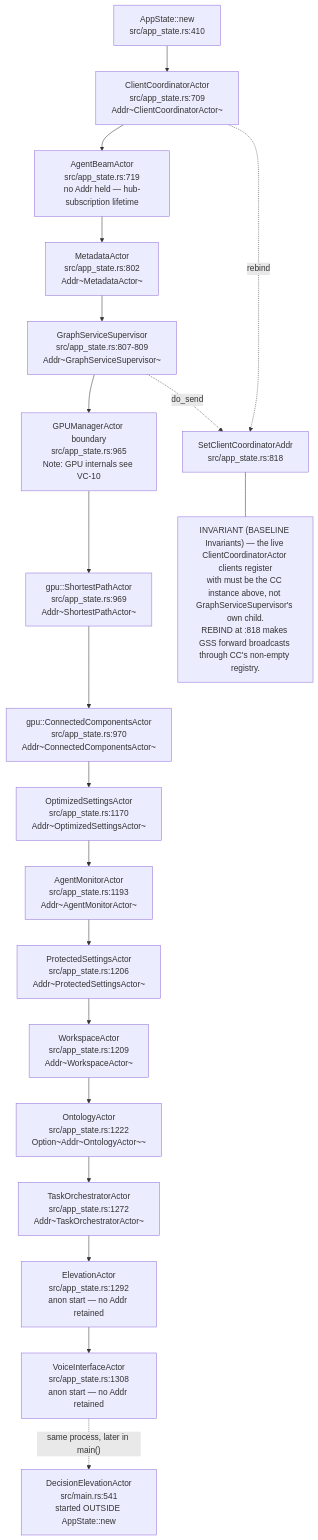
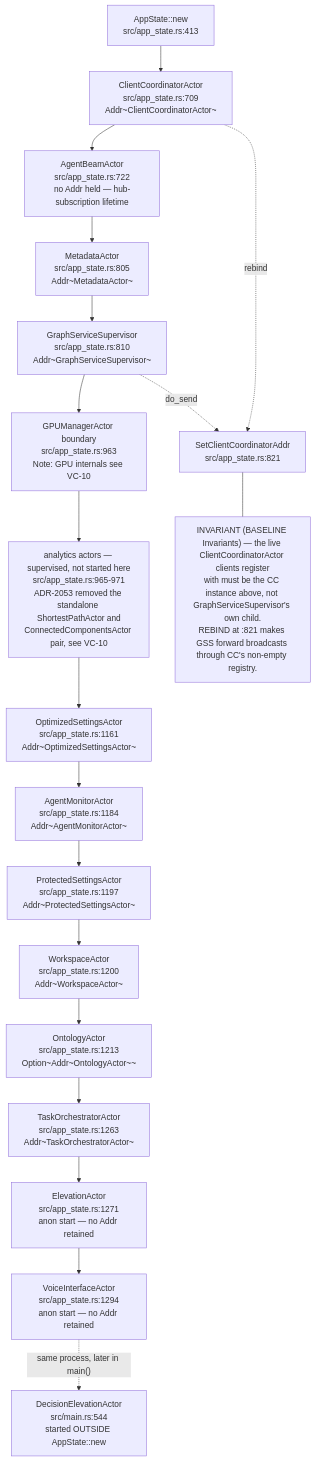
Before and after one commit to DreamLab-AI/AR-AI-Knowledge-Graph: the first of 20 diagrams in docs/diagrams/visionclaw/02-actor-supervision.md, drawn with Mermaid. The commit also changed other lines of this file and 172 other files, not shown here.

````diff
--- a/docs/diagrams/visionclaw/02-actor-supervision.md
+++ b/docs/diagrams/visionclaw/02-actor-supervision.md
@@ -37,43 +40,41 @@
 ```mermaid
 flowchart TB
-    APP["AppState::new<br/>src/app_state.rs:410"]
+    APP["AppState::new<br/>src/app_state.rs:413"]
     CC["ClientCoordinatorActor<br/>src/app_state.rs:709<br/>Addr~ClientCoordinatorActor~"]
-    AB["AgentBeamActor<br/>src/app_state.rs:719<br/>no Addr held — hub-subscription lifetime"]
-    MD["MetadataActor<br/>src/app_state.rs:802<br/>Addr~MetadataActor~"]
-    GSS["GraphServiceSupervisor<br/>src/app_state.rs:807-809<br/>Addr~GraphServiceSupervisor~"]
-    REBIND["SetClientCoordinatorAddr<br/>src/app_state.rs:818"]
-    GPU["GPUManagerActor boundary<br/>src/app_state.rs:965<br/>Note: GPU internals see VC-10"]
-    SPA["gpu::ShortestPathActor<br/>src/app_state.rs:969<br/>Addr~ShortestPathActor~"]
-    CCA["gpu::ConnectedComponentsActor<br/>src/app_state.rs:970<br/>Addr~ConnectedComponentsActor~"]
-    SET["OptimizedSettingsActor<br/>src/app_state.rs:1170<br/>Addr~OptimizedSettingsActor~"]
-    AM["AgentMonitorActor<br/>src/app_state.rs:1193<br/>Addr~AgentMonitorActor~"]
-    PS["ProtectedSettingsActor<br/>src/app_state.rs:1206<br/>Addr~ProtectedSettingsActor~"]
-    WS["WorkspaceActor<br/>src/app_state.rs:1209<br/>Addr~WorkspaceActor~"]
-    ONT["OntologyActor<br/>src/app_state.rs:1222<br/>Option~Addr~OntologyActor~~"]
-    TO["TaskOrchestratorActor<br/>src/app_state.rs:1272<br/>Addr~TaskOrchestratorActor~"]
-    EL["ElevationActor<br/>src/app_state.rs:1292<br/>anon start — no Addr retained"]
-    VI["VoiceInterfaceActor<br/>src/app_state.rs:1308<br/>anon start — no Addr retained"]
-    DE["DecisionElevationActor<br/>src/main.rs:541<br/>started OUTSIDE AppState::new"]
+    AB["AgentBeamActor<br/>src/app_state.rs:722<br/>no Addr held — hub-subscription lifetime"]
+    MD["MetadataActor<br/>src/app_state.rs:805<br/>Addr~MetadataActor~"]
+    GSS["GraphServiceSupervisor<br/>src/app_state.rs:810<br/>Addr~GraphServiceSupervisor~"]
+    REBIND["SetClientCoordinatorAddr<br/>src/app_state.rs:821"]
+    GPU["GPUManagerActor boundary<br/>src/app_state.rs:963<br/>Note: GPU internals see VC-10"]
+    ANA["analytics actors — supervised, not started here<br/>src/app_state.rs:965-971<br/>ADR-2053 removed the standalone ShortestPathActor and<br/>ConnectedComponentsActor pair, see VC-10"]
+    SET["OptimizedSettingsActor<br/>src/app_state.rs:1161<br/>Addr~OptimizedSettingsActor~"]
+    AM["AgentMonitorActor<br/>src/app_state.rs:1184<br/>Addr~AgentMonitorActor~"]
+    PS["ProtectedSettingsActor<br/>src/app_state.rs:1197<br/>Addr~ProtectedSettingsActor~"]
+    WS["WorkspaceActor<br/>src/app_state.rs:1200<br/>Addr~WorkspaceActor~"]
+    ONT["OntologyActor<br/>src/app_state.rs:1213<br/>Option~Addr~OntologyActor~~"]
+    TO["TaskOrchestratorActor<br/>src/app_state.rs:1263<br/>Addr~TaskOrchestratorActor~"]
+    EL["ElevationActor<br/>src/app_state.rs:1271<br/>anon start — no Addr retained"]
+    VI["VoiceInterfaceActor<br/>src/app_state.rs:1294<br/>anon start — no Addr retained"]
+    DE["DecisionElevationActor<br/>src/main.rs:544<br/>started OUTSIDE AppState::new"]
 
     APP --> CC
     CC --> AB
     CC -.->|"rebind"| REBIND
     AB --> MD
     MD --> GSS
     GSS -.->|"do_send"| REBIND
     GSS --> GPU
-    GPU --> SPA
-    SPA --> CCA
-    CCA --> SET
+    GPU --> ANA
+    ANA --> SET
     SET --> AM
     AM --> PS
     PS --> WS
     WS --> ONT
     ONT --> TO
     TO --> EL
     EL --> VI
     VI -.->|"same process, later in main()"| DE
 
-    N1["INVARIANT (BASELINE Invariants) — the live ClientCoordinatorActor clients register<br/>with must be the CC instance above, not GraphServiceSupervisor's own child.<br/>REBIND at :818 makes GSS forward broadcasts through CC's non-empty registry."]
+    N1["INVARIANT (BASELINE Invariants) — the live ClientCoordinatorActor clients register<br/>with must be the CC instance above, not GraphServiceSupervisor's own child.<br/>REBIND at :821 makes GSS forward broadcasts through CC's non-empty registry."]
     REBIND --- N1
 ```
````
